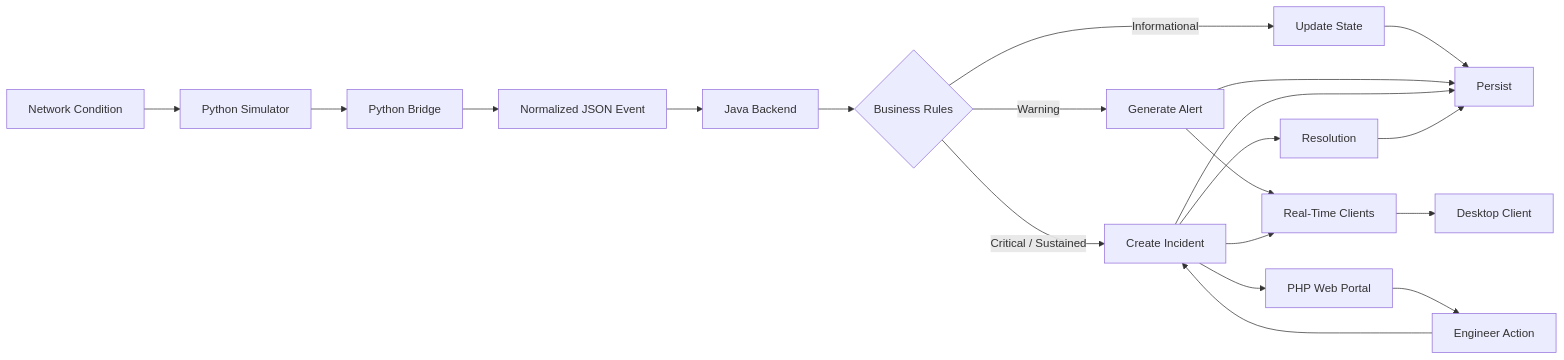
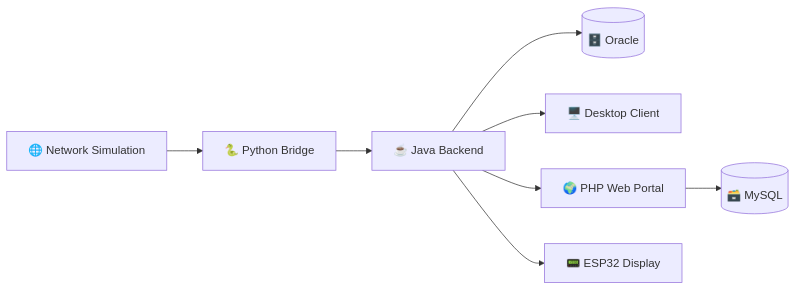
Before and after one commit to Git-Mohammed/netpulse: the first of 2 diagrams in README.md, drawn with Mermaid. The commit also changed other lines of this file, not shown here.

````diff
--- a/README.md
+++ b/README.md
@@ -392,29 +92,20 @@
 ```mermaid
 flowchart LR
 
-    A["Network Condition"] --> B["Python Simulator"]
-    B --> C["Python Bridge"]
-    C --> D["Normalized JSON Event"]
-    D --> E["Java Backend"]
-    E --> F{"Business Rules"}
+    A["🌐 Network Simulation"]
+    B["🐍 Python Bridge"]
+    C["☕ Java Backend"]
+    D[("🗄️ Oracle")]
+    E["🖥️ Desktop Client"]
+    F["🌍 PHP Web Portal"]
+    G[("🗃️ MySQL")]
+    H["📟 ESP32 Display"]
 
-    F -->|"Informational"| G["Update State"]
-    F -->|"Warning"| H["Generate Alert"]
-    F -->|"Critical / Sustained"| I["Create Incident"]
-
-    G --> J["Persist"]
-    H --> J
-    I --> J
-
-    H --> K["Real-Time Clients"]
-    I --> K
-
-    K --> L["Desktop Client"]
-    I --> M["PHP Web Portal"]
-
-    M --> N["Engineer Action"]
-    N --> I
-
-    I --> O["Resolution"]
-    O --> J
+    A --> B
+    B --> C
+    C --> D
+    C --> E
+    C --> F
+    F --> G
+    C --> H
 ```
````
